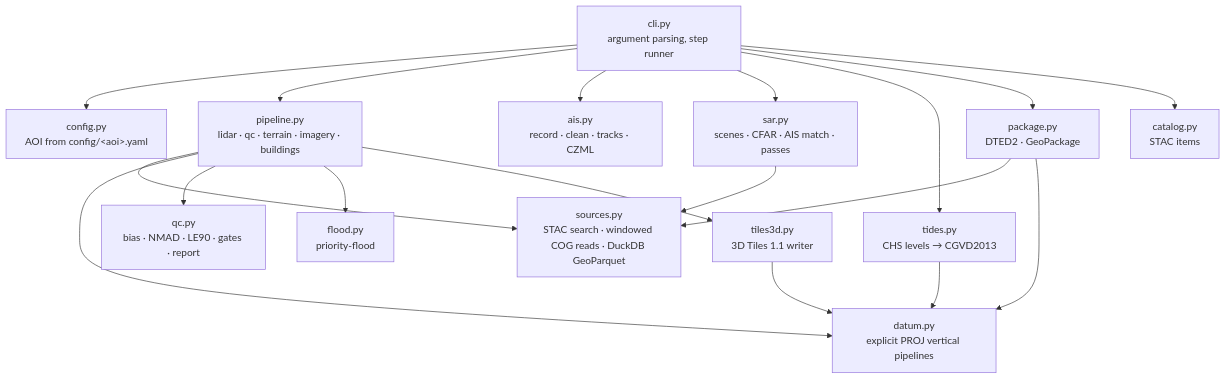
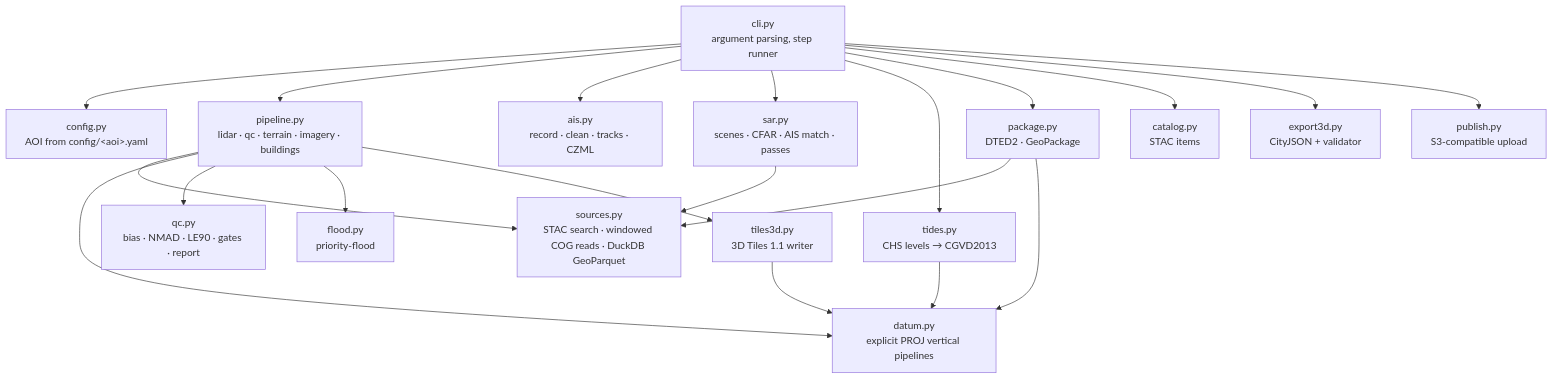
Before and after one commit to shivaji-patil/harbour-twin: the diagram in docs/diagrams/modules.mmd, drawn with Mermaid. The commit also changed 35 other files, not shown here.

```diff
--- a/docs/diagrams/modules.mmd
+++ b/docs/diagrams/modules.mmd
@@ -1,18 +1,20 @@
 flowchart TB
   CLI["cli.py<br/>argument parsing, step runner"] --> CFG["config.py<br/>AOI from config/&lt;aoi&gt;.yaml"]
   CLI --> PIPE["pipeline.py<br/>lidar · qc · terrain · imagery · buildings"]
   CLI --> AISM["ais.py<br/>record · clean · tracks · CZML"]
   CLI --> SARM["sar.py<br/>scenes · CFAR · AIS match · passes"]
   CLI --> TIDE["tides.py<br/>CHS levels → CGVD2013"]
   CLI --> PKG["package.py<br/>DTED2 · GeoPackage"]
   CLI --> CAT["catalog.py<br/>STAC items"]
+  CLI --> EXP["export3d.py<br/>CityJSON + validator"]
+  CLI --> PUB["publish.py<br/>S3-compatible upload"]
   PIPE --> SRC["sources.py<br/>STAC search · windowed COG reads · DuckDB GeoParquet"]
   PIPE --> DAT["datum.py<br/>explicit PROJ vertical pipelines"]
   PIPE --> QCM["qc.py<br/>bias · NMAD · LE90 · gates · report"]
   PIPE --> FL["flood.py<br/>priority-flood"]
   PIPE --> T3["tiles3d.py<br/>3D Tiles 1.1 writer"]
   SARM --> SRC
   PKG --> SRC
   PKG --> DAT
   TIDE --> DAT
   T3 --> DAT
```
